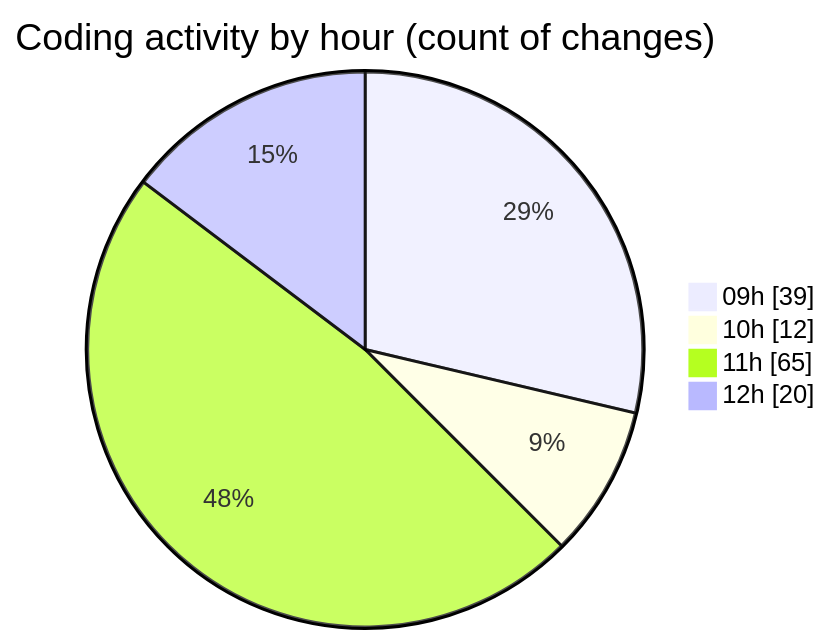
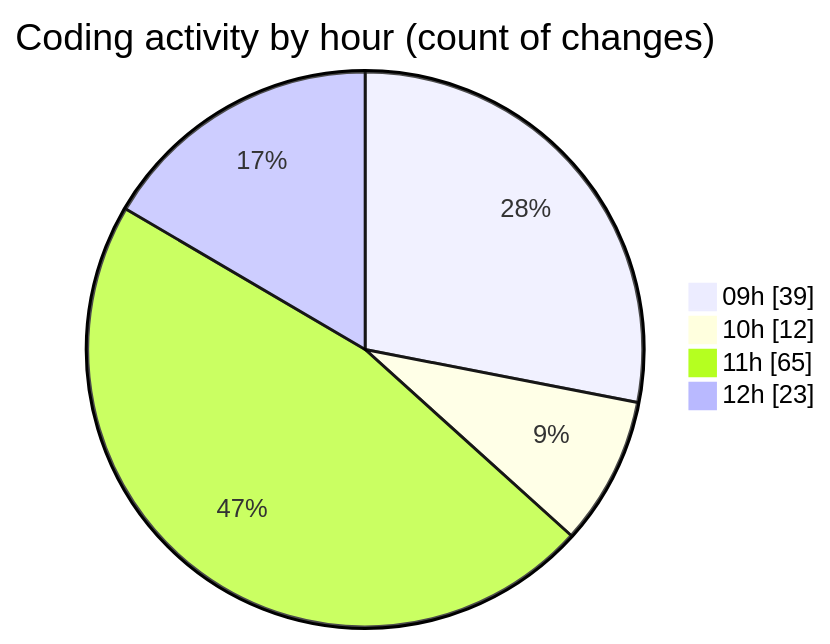
One commit to momahboobian/code-tracking changed the second of 2 diagrams in 2025-03-04/cda/README.md. Above: the diagram before and after it, drawn with Mermaid. The commit also changed other lines of this file and 1 other file, not shown here.

````diff
--- a/2025-03-04/cda/README.md
+++ b/2025-03-04/cda/README.md
@@ -35,8 +35,8 @@
 ```mermaid
 pie showData
 title Coding activity by hour (count of changes)
 "09h" : 39
 "10h" : 12
 "11h" : 65
-"12h" : 20
+"12h" : 23
 ```
````
